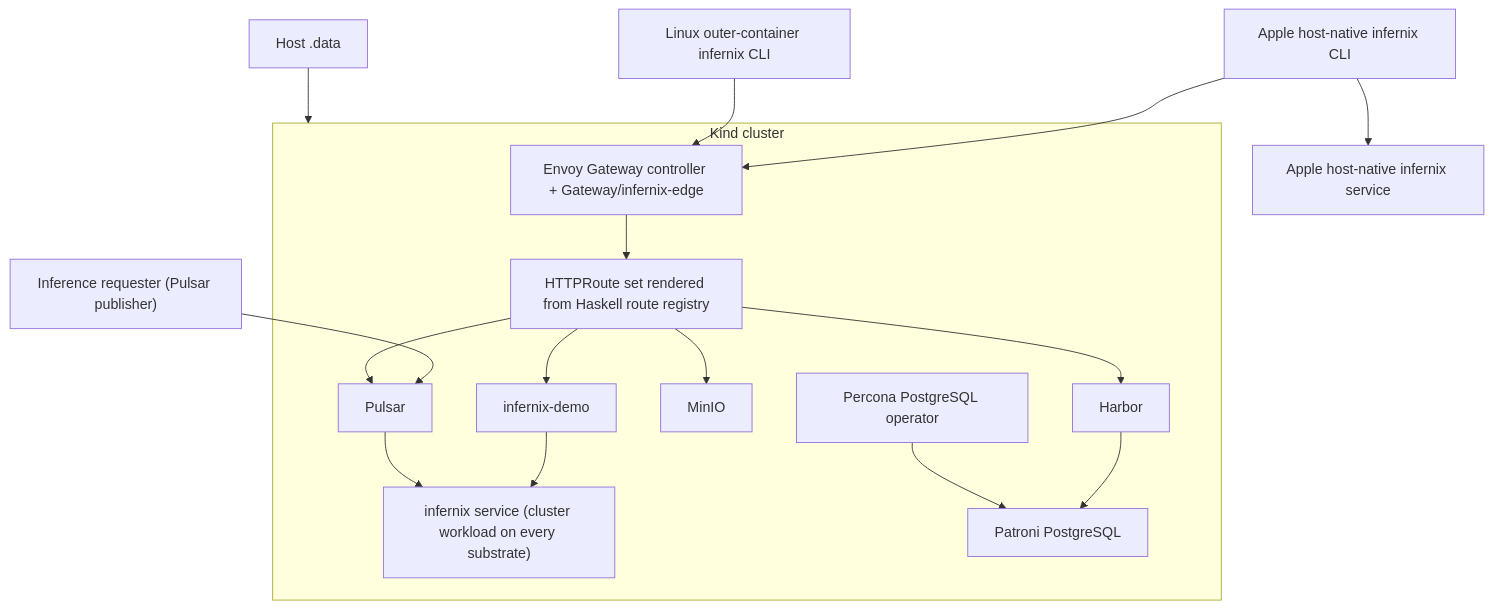
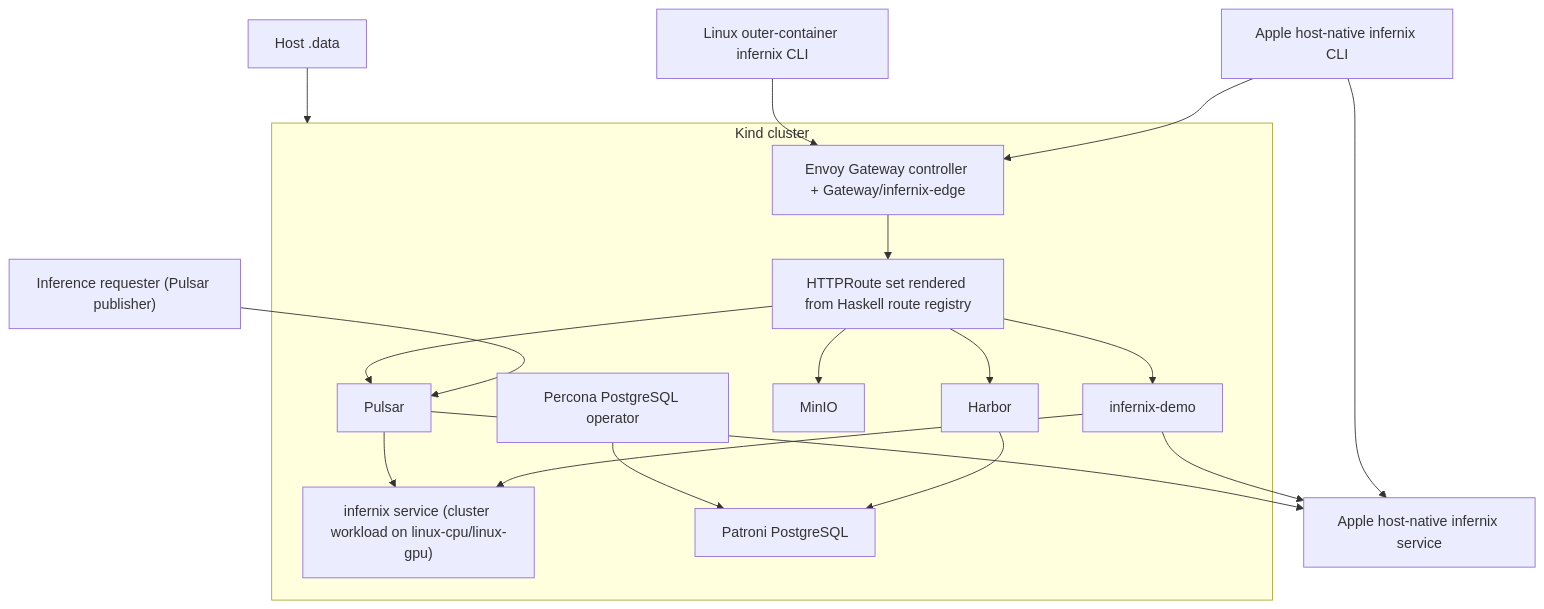
The diagram in DEVELOPMENT_PLAN/00-overview.md (Tuee22/infernix), drawn with Mermaid before and after one commit. The commit also changed other lines of this file and 48 other files, not shown here.

````diff
--- a/DEVELOPMENT_PLAN/00-overview.md
+++ b/DEVELOPMENT_PLAN/00-overview.md
@@ -116,35 +124,37 @@
 ```mermaid
 flowchart TB
     appleCli["Apple host-native infernix CLI"]
     appleDaemon["Apple host-native infernix service"]
     linuxCli["Linux outer-container infernix CLI"]
     data["Host .data"]
     requester["Inference requester (Pulsar publisher)"]
 
     subgraph kind["Kind cluster"]
         gateway["Envoy Gateway controller + Gateway/infernix-edge"]
         routes["HTTPRoute set rendered from Haskell route registry"]
         demo["infernix-demo"]
-        clusterService["infernix service (cluster workload on every substrate)"]
+        linuxService["infernix service (cluster workload on linux-cpu/linux-gpu)"]
         harbor["Harbor"]
         minio["MinIO"]
         pgop["Percona PostgreSQL operator"]
         postgres["Patroni PostgreSQL"]
         pulsar["Pulsar"]
     end
 
     appleCli --> gateway
     appleCli --> appleDaemon
     linuxCli --> gateway
     requester --> pulsar
     gateway --> routes
     routes --> demo
     routes --> harbor
     routes --> minio
     routes --> pulsar
-    demo --> clusterService
-    pulsar --> clusterService
+    demo --> appleDaemon
+    demo --> linuxService
+    pulsar --> appleDaemon
+    pulsar --> linuxService
     harbor --> postgres
     pgop --> postgres
     data --> kind
 ```
````
